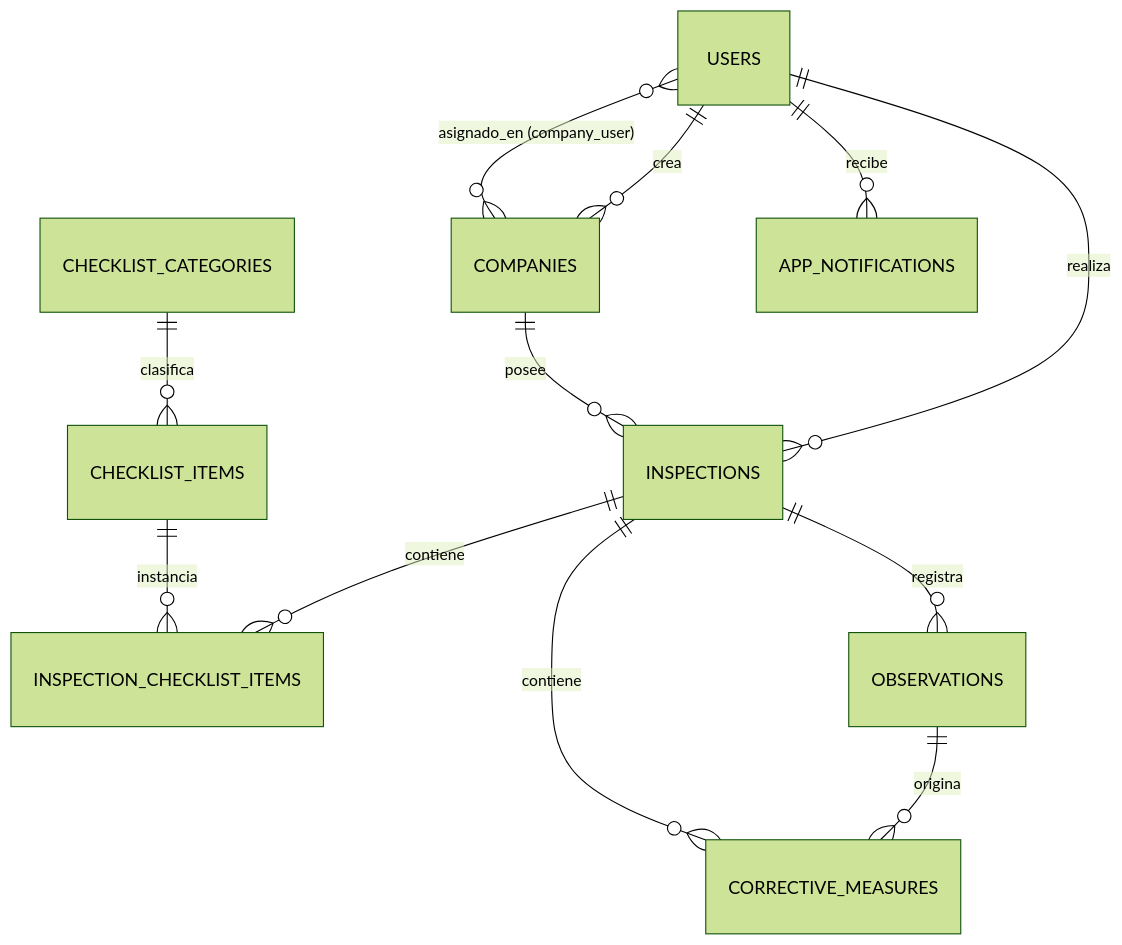
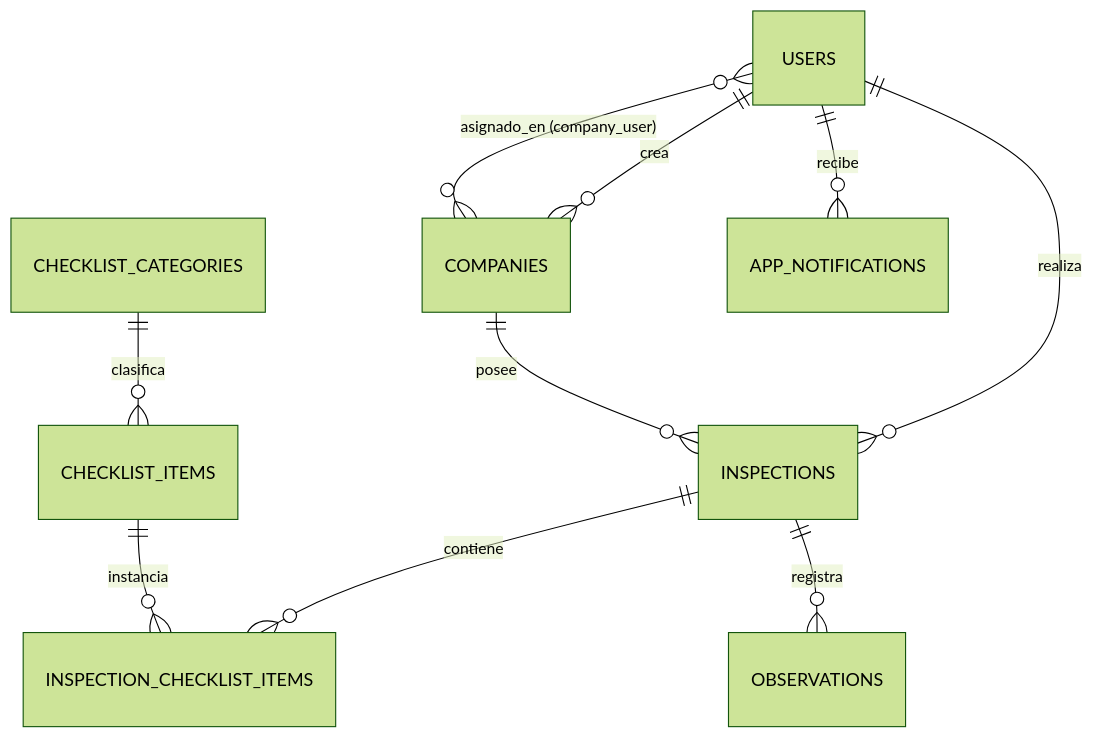
One commit to leandromoreno564-cloud/HyS changed the diagram in Backent/entregables/MANUAL_TECNICO.md. Above: the diagram before and after it, drawn with Mermaid (forest theme). The commit also changed other lines of this file and 29 other files, not shown here.

````diff
--- a/Backent/entregables/MANUAL_TECNICO.md
+++ b/Backent/entregables/MANUAL_TECNICO.md
@@ -184,14 +182,12 @@
 ```mermaid
 erDiagram
     USERS ||--o{ COMPANIES : "crea"
     USERS ||--o{ INSPECTIONS : "realiza"
     USERS }o--o{ COMPANIES : "asignado_en (company_user)"
     COMPANIES ||--o{ INSPECTIONS : "posee"
     INSPECTIONS ||--o{ INSPECTION_CHECKLIST_ITEMS : "contiene"
     CHECKLIST_CATEGORIES ||--o{ CHECKLIST_ITEMS : "clasifica"
     CHECKLIST_ITEMS ||--o{ INSPECTION_CHECKLIST_ITEMS : "instancia"
     INSPECTIONS ||--o{ OBSERVATIONS : "registra"
-    OBSERVATIONS ||--o{ CORRECTIVE_MEASURES : "origina"
-    INSPECTIONS ||--o{ CORRECTIVE_MEASURES : "contiene"
     USERS ||--o{ APP_NOTIFICATIONS : "recibe"
 ```
````
